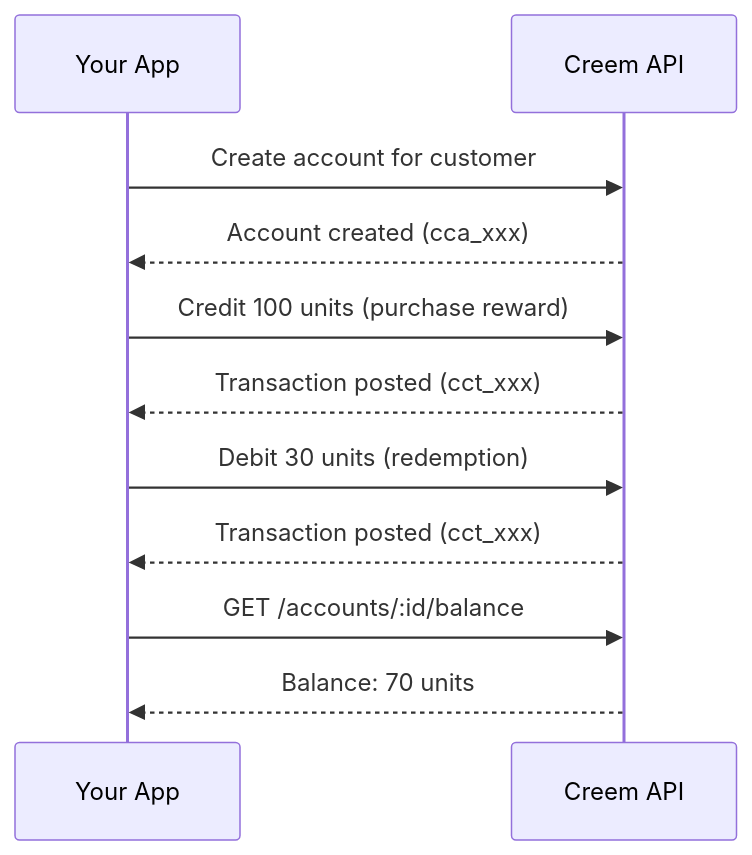
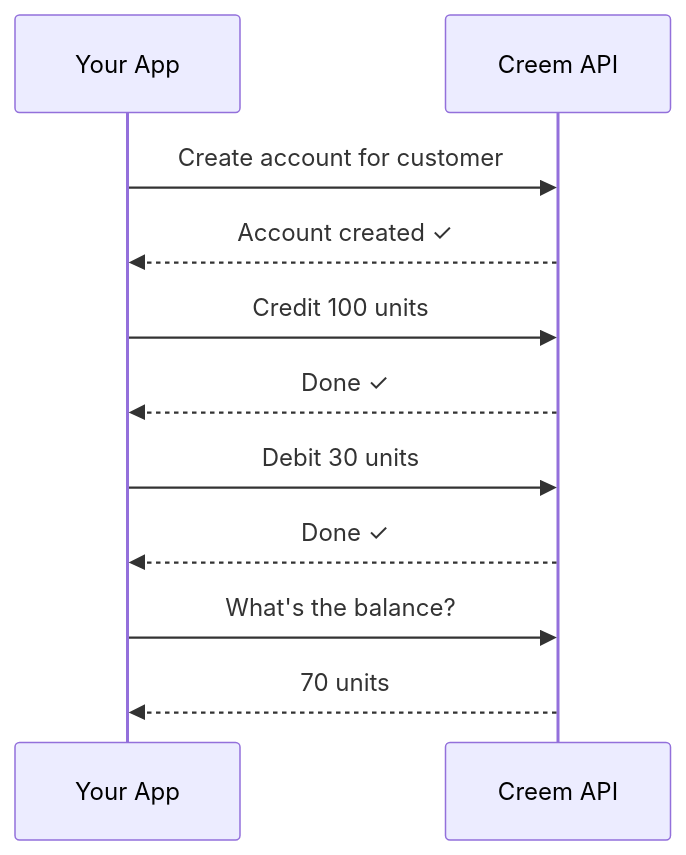
The diagram in packages/docs/features/customer-credits/introduction.mdx (armitage-labs/creem), drawn with Mermaid before and after one commit. The commit also changed other lines of this file and 3 other files, not shown here.

````diff
--- a/packages/docs/features/customer-credits/introduction.mdx
+++ b/packages/docs/features/customer-credits/introduction.mdx
@@ -29,17 +47,17 @@
 ```mermaid
 sequenceDiagram
     participant App as Your App
     participant Creem as Creem API
 
     App->>Creem: Create account for customer
-    Creem-->>App: Account created (cca_xxx)
+    Creem-->>App: Account created ✓
 
-    App->>Creem: Credit 100 units (purchase reward)
-    Creem-->>App: Transaction posted (cct_xxx)
+    App->>Creem: Credit 100 units
+    Creem-->>App: Done ✓
 
-    App->>Creem: Debit 30 units (redemption)
-    Creem-->>App: Transaction posted (cct_xxx)
+    App->>Creem: Debit 30 units
+    Creem-->>App: Done ✓
 
-    App->>Creem: GET /accounts/:id/balance
-    Creem-->>App: Balance: 70 units
+    App->>Creem: What's the balance?
+    Creem-->>App: 70 units
 ```
````
